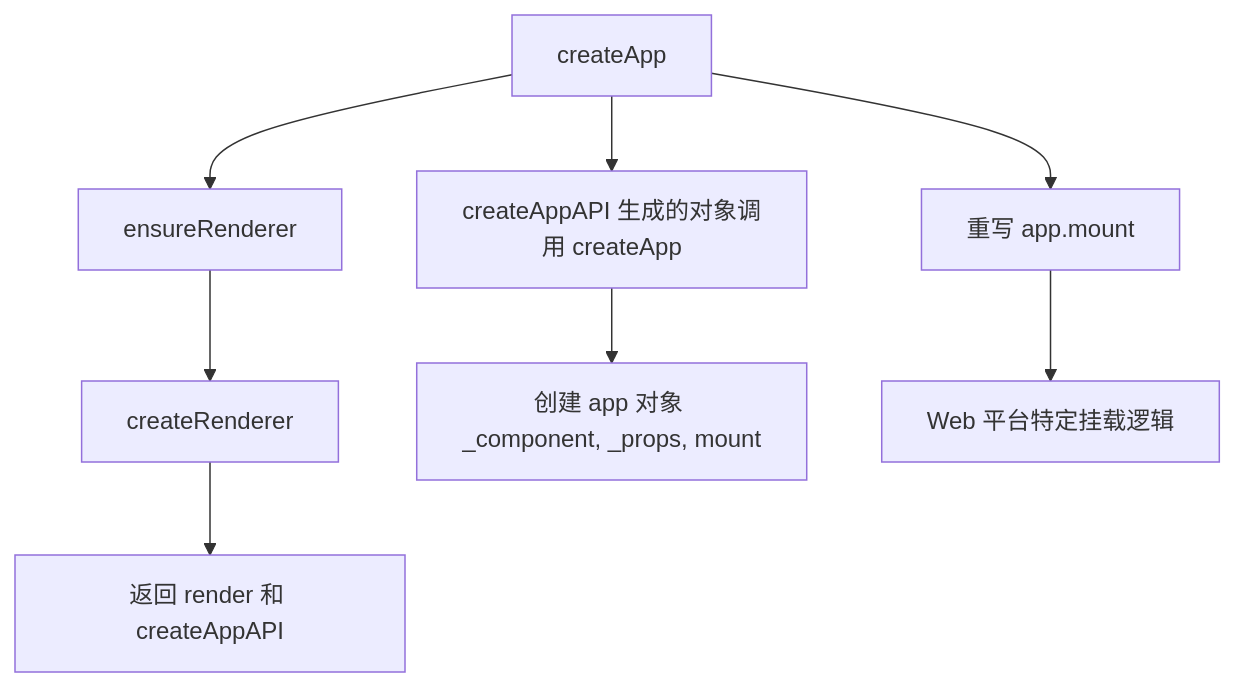
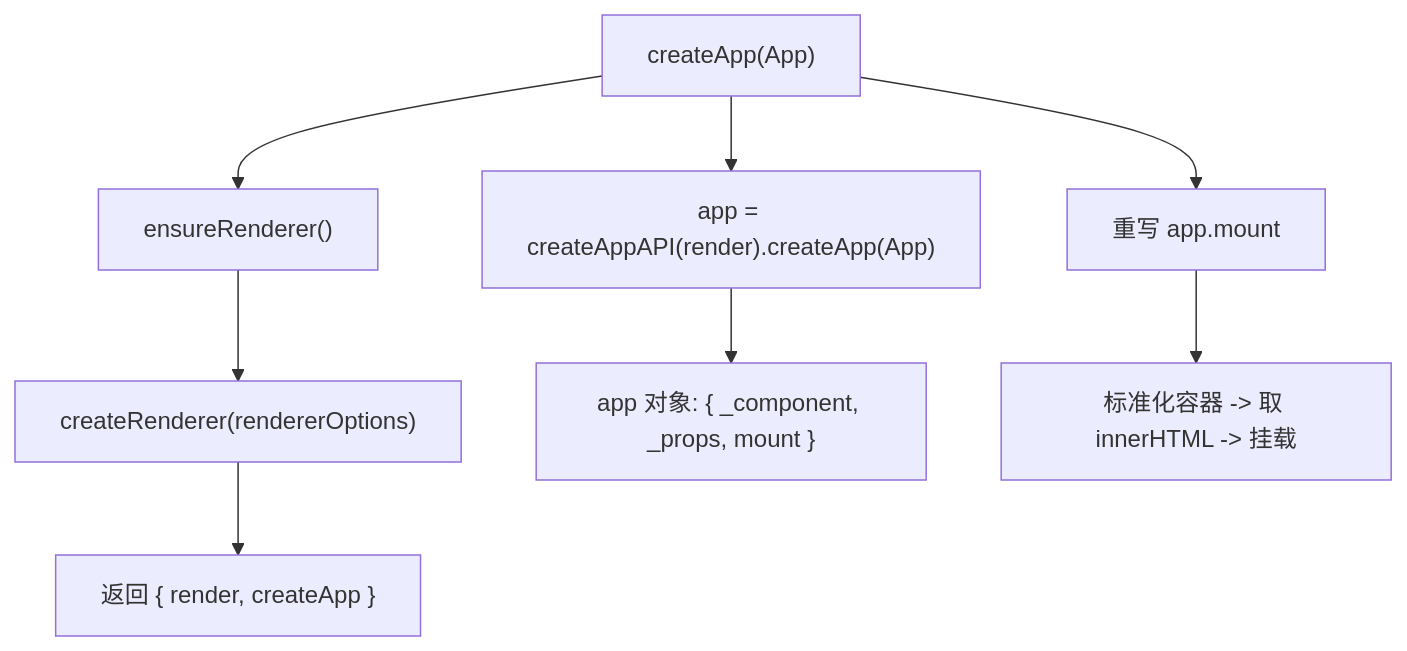
One commit to KMaybe01/common changed the second of 12 diagrams in S2-框架深入/05-Vue3.0源码深度解析.md. Above: the diagram before and after it, drawn with Mermaid. The commit also changed other lines of this file and 11 other files, not shown here.

````diff
--- a/S2-框架深入/05-Vue3.0源码深度解析.md
+++ b/S2-框架深入/05-Vue3.0源码深度解析.md
@@ -102,12 +111,10 @@
 ```mermaid
 graph TD
-    A[createApp] --> B[ensureRenderer]
-    B --> C[createRenderer]
-    C --> D[返回 render 和 createAppAPI]
-    
-    A --> E[createAppAPI 生成的对象调用 createApp]
-    E --> F[创建 app 对象 _component, _props, mount]
-    
-    A --> G[重写 app.mount]
-    G --> H[Web 平台特定挂载逻辑]
+    A["createApp(App)"] --> B["ensureRenderer()"]
+    B --> C["createRenderer(rendererOptions)"]
+    C --> D["返回 { render, createApp }"]
+    A --> E["app = createAppAPI(render).createApp(App)"]
+    E --> F["app 对象: { _component, _props, mount }"]
+    A --> G["重写 app.mount"]
+    G --> H["标准化容器 -> 取 innerHTML -> 挂载"]
 ```
````
